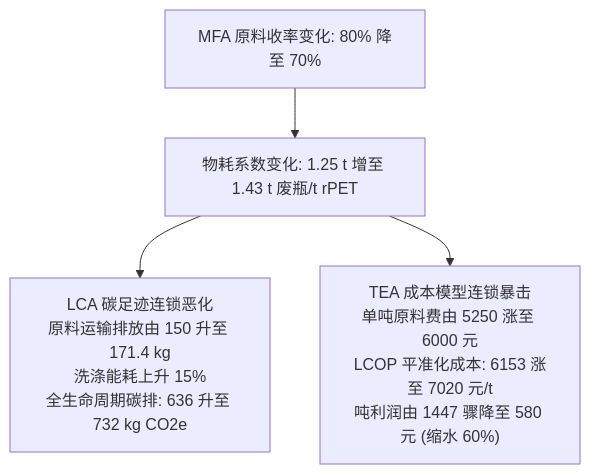
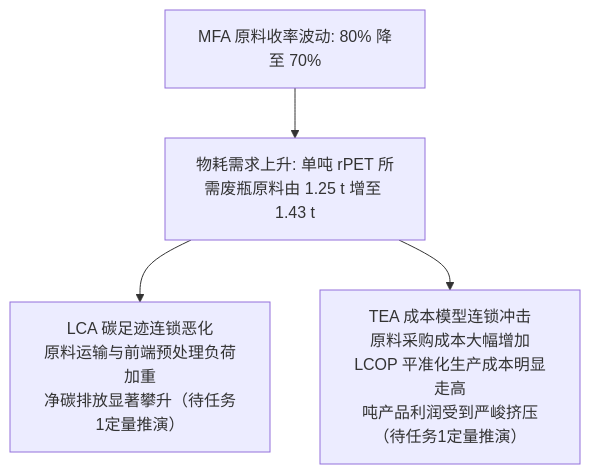
The second of 2 diagrams in starter_materials/lecture9-20261022-classroom_case1/case_files/case1_documentation.md (whu-course-EnvironPlanManag/LCA_Practice_Coursework-2026fall), drawn with Mermaid before and after one commit. The commit also changed other lines of this file and 1 other file, not shown here.

````diff
--- a/starter_materials/lecture9-20261022-classroom_case1/case_files/case1_documentation.md
+++ b/starter_materials/lecture9-20261022-classroom_case1/case_files/case1_documentation.md
@@ -140,6 +160,6 @@
 ```mermaid
 flowchart TD
-    A["MFA 原料收率变化: 80% 降至 70%"] --> B["物耗系数变化: 1.25 t 增至 1.43 t 废瓶/t rPET"]
-    B --> C["LCA 碳足迹连锁恶化<br/>原料运输排放由 150 升至 171.4 kg<br/>洗涤能耗上升 15%<br/>全生命周期碳排: 636 升至 732 kg CO2e"]
-    B --> D["TEA 成本模型连锁暴击<br/>单吨原料费由 5250 涨至 6000 元<br/>LCOP 平准化成本: 6153 涨至 7020 元/t<br/>吨利润由 1447 骤降至 580 元 (缩水 60%)"]
+    A["MFA 原料收率波动: 80% 降至 70%"] --> B["物耗需求上升: 单吨 rPET 所需废瓶原料由 1.25 t 增至 1.43 t"]
+    B --> C["LCA 碳足迹连锁恶化<br/>原料运输与前端预处理负荷加重<br/>净碳排放显著攀升（待任务1定量推演）"]
+    B --> D["TEA 成本模型连锁冲击<br/>原料采购成本大幅增加<br/>LCOP 平准化生产成本明显走高<br/>吨产品利润受到严峻挤压（待任务1定量推演）"]
 ```
````
